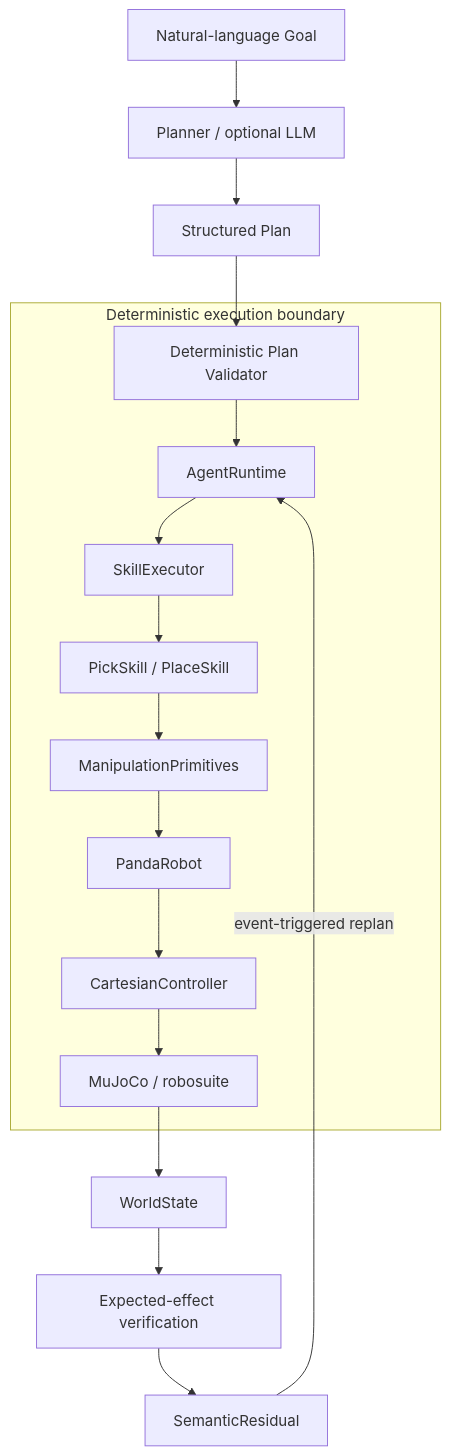
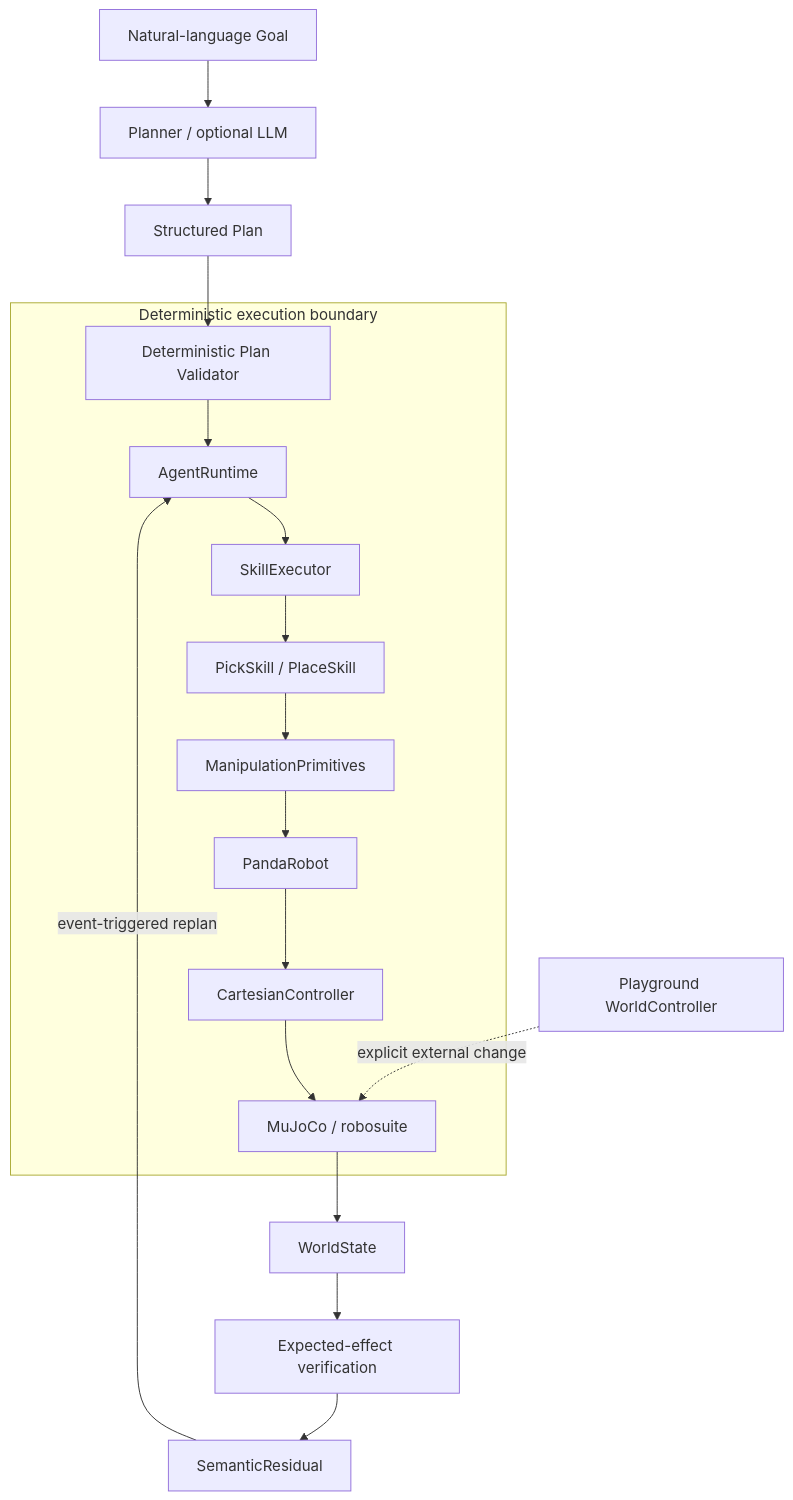
One commit to Block-O2/semantic-manipulation-stack changed the diagram in README.md. Above: the diagram before and after it, drawn with Mermaid. The commit also changed other lines of this file and 29 other files, not shown here.

Commit message:
Add dynamic world manipulation playground

````diff
--- a/README.md
+++ b/README.md
@@ -29,21 +29,23 @@
 ```mermaid
 flowchart TD
     G["Natural-language Goal"] --> P["Planner / optional LLM"]
     P --> SP["Structured Plan"]
     SP --> V["Deterministic Plan Validator"]
 
     subgraph D["Deterministic execution boundary"]
         V --> A["AgentRuntime"]
         A --> E["SkillExecutor"]
         E --> S["PickSkill / PlaceSkill"]
         S --> M["ManipulationPrimitives"]
         M --> R["PandaRobot"]
         R --> C["CartesianController"]
         C --> SIM["MuJoCo / robosuite"]
     end
 
     SIM --> W["WorldState"]
     W --> X["Expected-effect verification"]
     X --> SR["SemanticResidual"]
     SR -->|"event-triggered replan"| A
+
+    WC["Playground WorldController"] -. "explicit external change" .-> SIM
 ```
````
